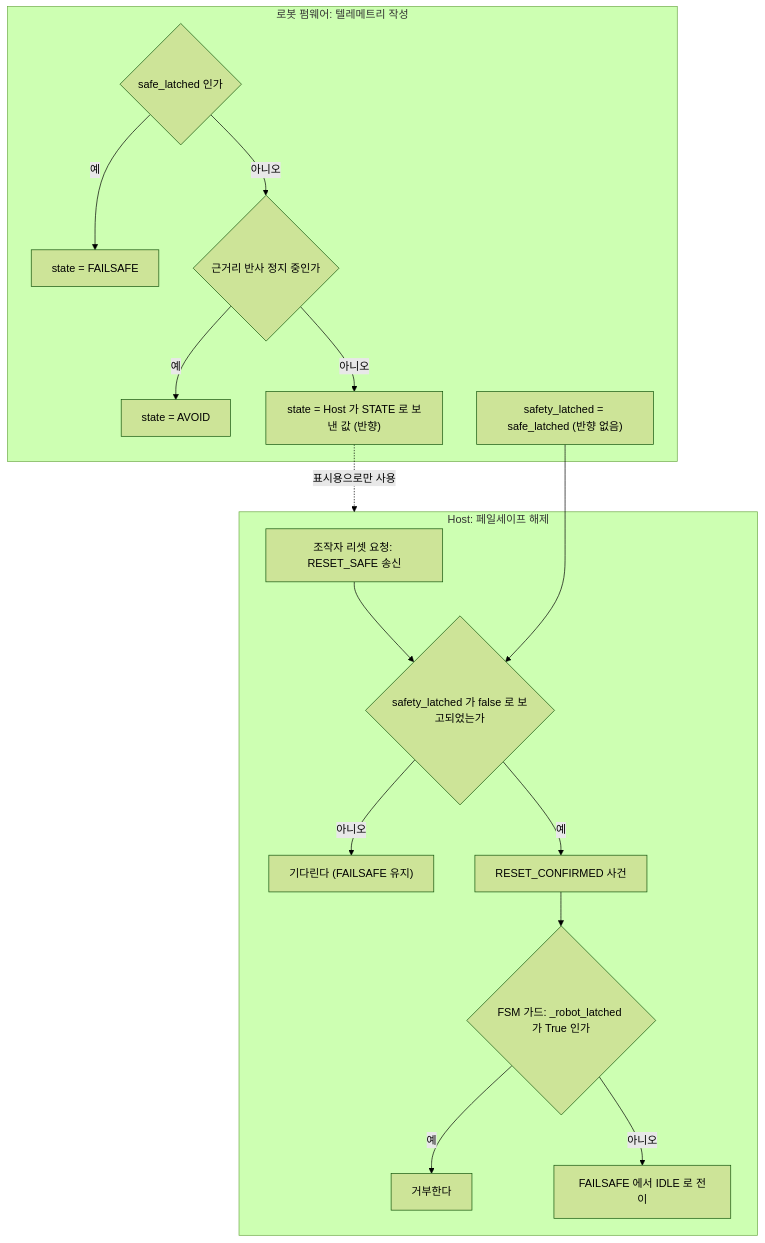
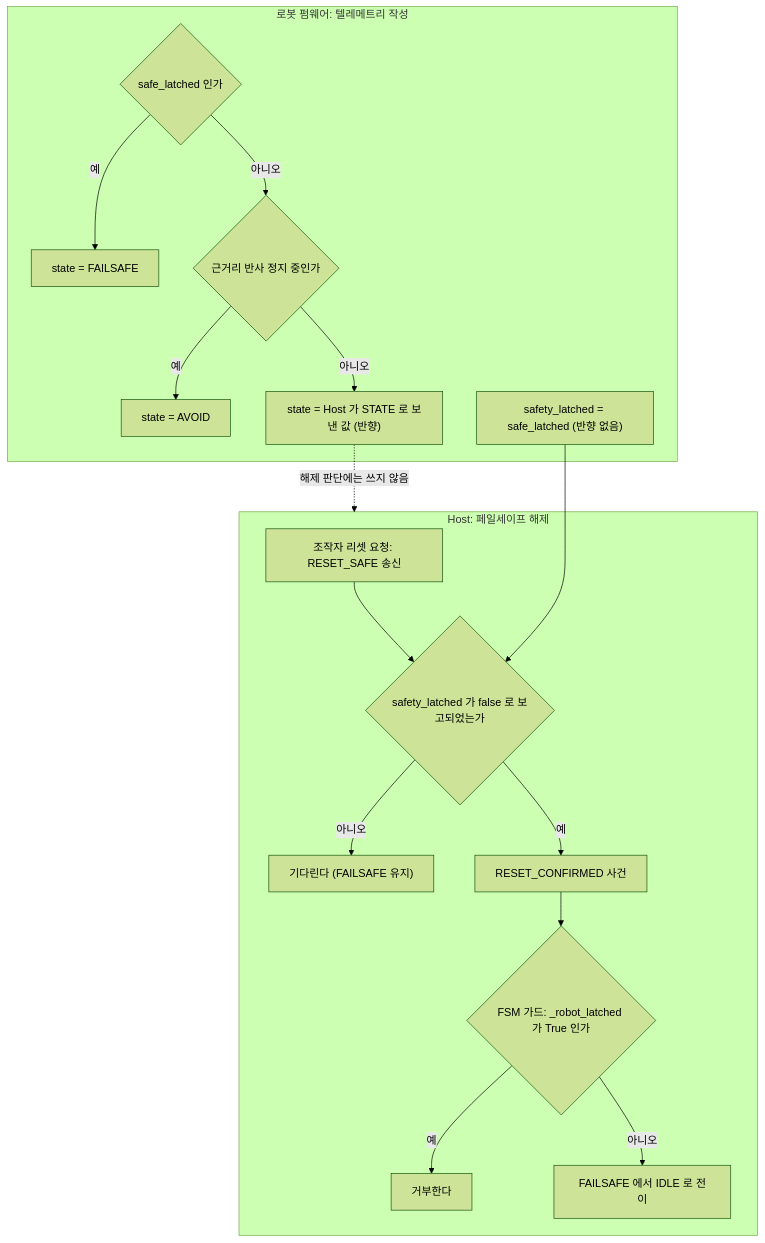
Before and after one commit to PJW-1/mechadog: the diagram in docs/case-studies/03-echoed-state-self-lock.md, drawn with Mermaid (forest theme). The commit also changed other lines of this file and 2 other files, not shown here.

Commit message:
docs(case-studies): Devin 검수 지적에 따라 그림 라벨·줄 링크·추론률 경위를 바로잡는다

````diff
--- a/docs/case-studies/03-echoed-state-self-lock.md
+++ b/docs/case-studies/03-echoed-state-self-lock.md
@@ -41,21 +41,21 @@
 ```mermaid
 flowchart TD
     subgraph FW["로봇 펌웨어: 텔레메트리 작성"]
         F1{"safe_latched 인가"}
         F1 -->|"예"| F2["state = FAILSAFE"]
         F1 -->|"아니오"| F3{"근거리 반사 정지 중인가"}
         F3 -->|"예"| F4["state = AVOID"]
         F3 -->|"아니오"| F5["state = Host 가 STATE 로 보낸 값 (반향)"]
         F6["safety_latched = safe_latched (반향 없음)"]
     end
     subgraph HOST["Host: 페일세이프 해제"]
         H1["조작자 리셋 요청: RESET_SAFE 송신"] --> H2{"safety_latched 가 false 로 보고되었는가"}
         H2 -->|"아니오"| H3["기다린다 (FAILSAFE 유지)"]
         H2 -->|"예"| H4["RESET_CONFIRMED 사건"]
         H4 --> H5{"FSM 가드: _robot_latched 가 True 인가"}
         H5 -->|"예"| H6["거부한다"]
         H5 -->|"아니오"| H7["FAILSAFE 에서 IDLE 로 전이"]
     end
     F6 --> H2
-    F5 -.->|"표시용으로만 사용"| HOST
+    F5 -.->|"해제 판단에는 쓰지 않음"| HOST
 ```
````
